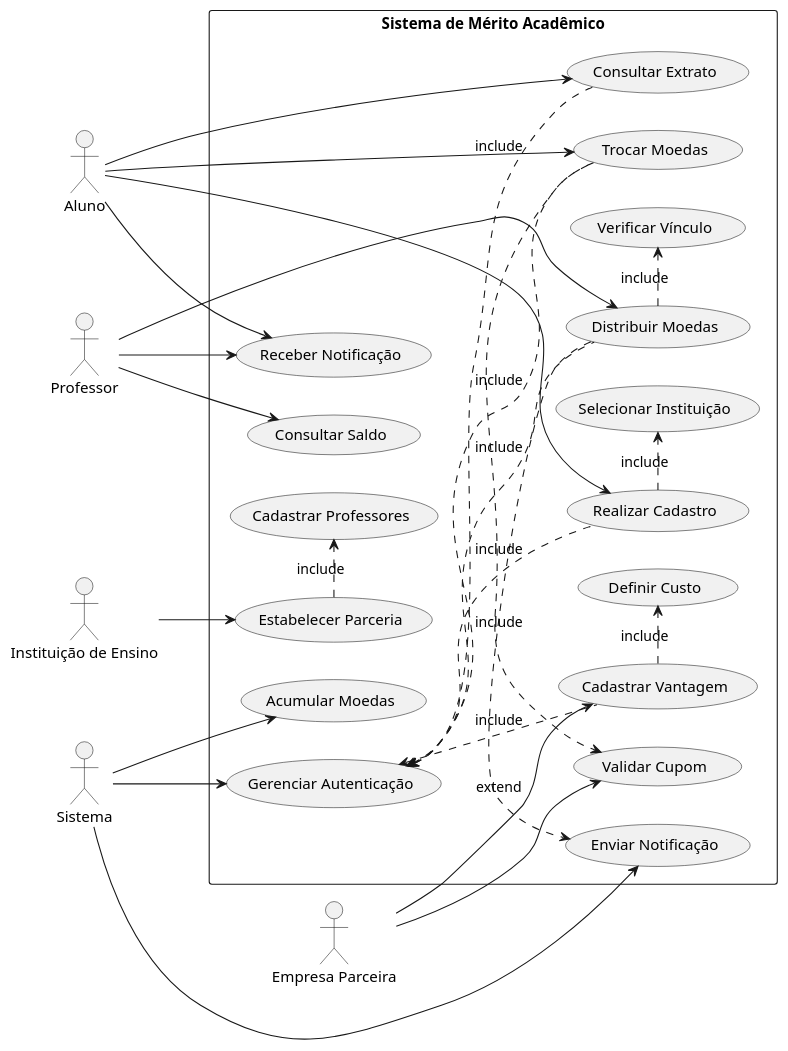
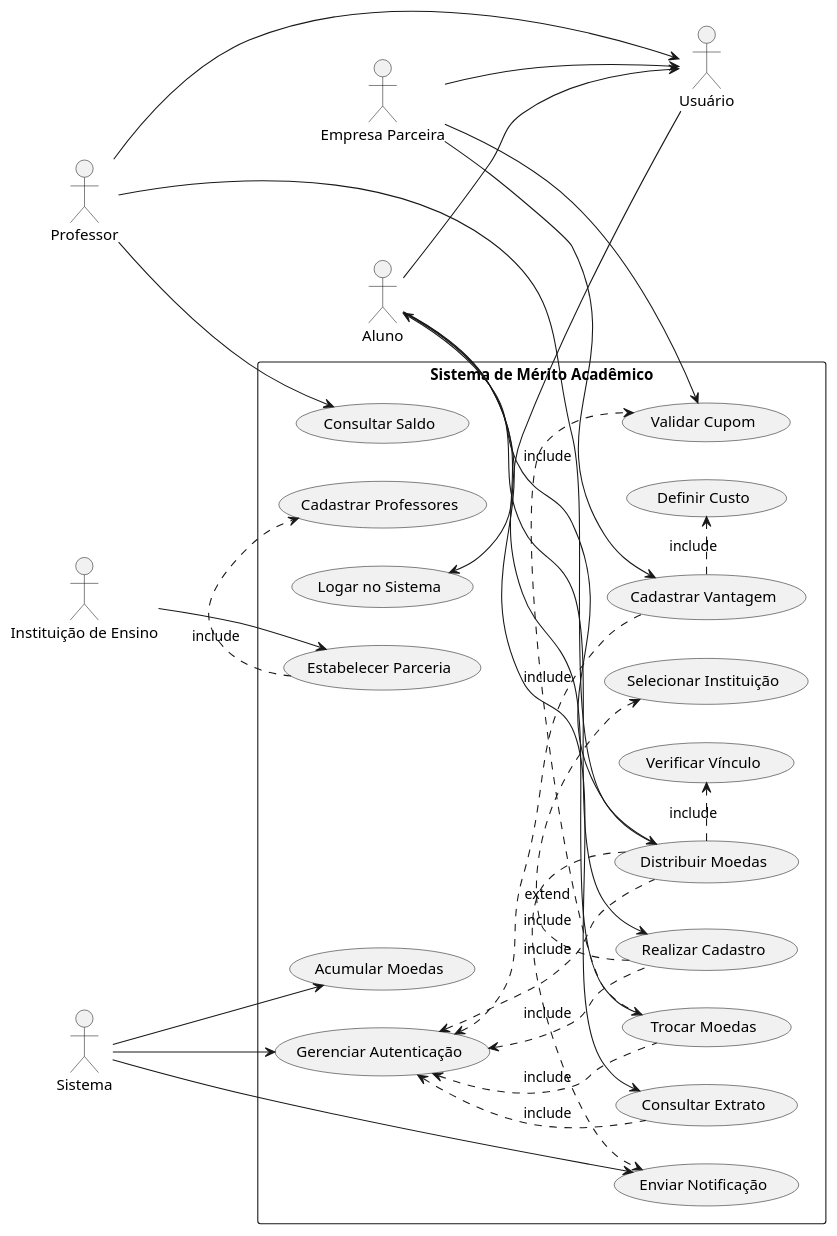
One commit to thais-reiss/Lab3-Sistema-de-moeda-estudantil changed the diagram in project/img/Diagrama de Casos de Uso/README.md. Above: the diagram before and after it, drawn with PlantUML. The commit also changed 2 other files, not shown here.

Commit message:
Corrigindo Casos de Uso

```diff
--- a/project/img/Diagrama de Casos de Uso/README.md
+++ b/project/img/Diagrama de Casos de Uso/README.md
@@ -1,44 +1,49 @@
 @startuml
 left to right direction
 skinparam packageStyle rectangle
 
 actor Aluno
 actor Professor
 actor "Empresa Parceira" as Empresa
 actor "Instituição de Ensino" as Instituicao
 actor Sistema
+actor Usuário
 
 rectangle "Sistema de Mérito Acadêmico" {
+  Usuário --> (Logar no Sistema)
+
   Aluno --> (Realizar Cadastro)
   Aluno --> (Consultar Extrato)
   Aluno --> (Trocar Moedas)
-  Aluno --> (Receber Notificação)
+  (Distribuir Moedas) --> Aluno
+  Aluno --> Usuário
   
   Professor --> (Distribuir Moedas)
   Professor --> (Consultar Saldo)
-  Professor --> (Receber Notificação)
+  Professor --> Usuário
   
   Empresa --> (Cadastrar Vantagem)
   Empresa --> (Validar Cupom)
+  Empresa --> Usuário
   
   Instituicao --> (Estabelecer Parceria)
   
   Sistema --> (Acumular Moedas)
   Sistema --> (Enviar Notificação)
   Sistema --> (Gerenciar Autenticação)
 
   (Realizar Cadastro) .> (Selecionar Instituição) : «include»
   (Distribuir Moedas) .> (Verificar Vínculo) : «include»
   (Distribuir Moedas) .> (Enviar Notificação) : «extend» 
   (Trocar Moedas) .> (Validar Cupom) : «include»
   (Estabelecer Parceria) .> (Cadastrar Professores) : «include»
   (Cadastrar Vantagem) .> (Definir Custo) : «include»
   
   (Gerenciar Autenticação) <.. (Realizar Cadastro) : «include»
   (Gerenciar Autenticação) <.. (Distribuir Moedas) : «include»
   (Gerenciar Autenticação) <.. (Consultar Extrato) : «include»
   (Gerenciar Autenticação) <.. (Trocar Moedas) : «include»
   (Gerenciar Autenticação) <.. (Cadastrar Vantagem) : «include»
 }
 
 @enduml
```
